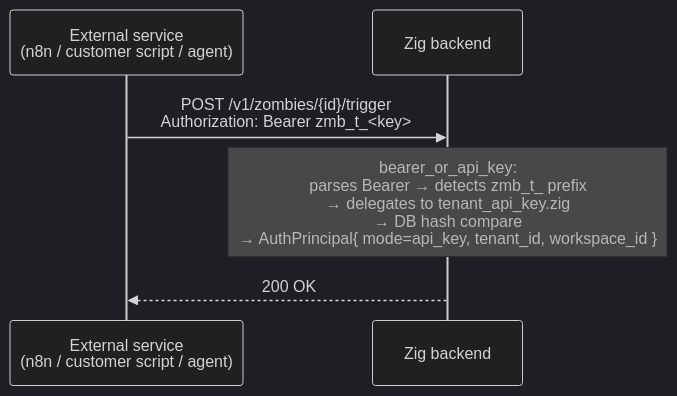
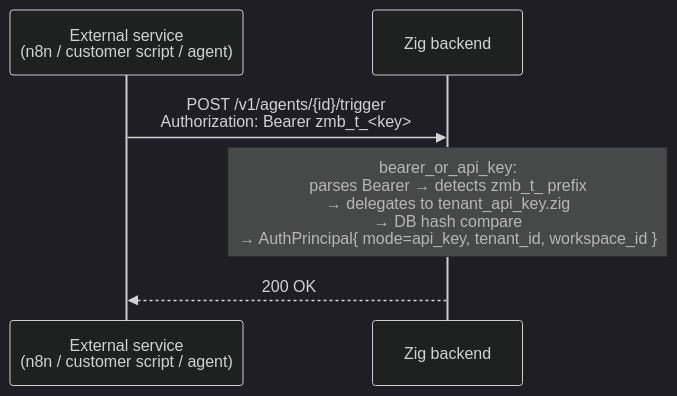
Before and after one commit to agentsfleet/agentsfleet: the fifth of 9 diagrams in docs/AUTH.md, drawn with Mermaid (dark theme). The commit also changed other lines of this file and 209 other files, not shown here.

````diff
--- a/docs/AUTH.md
+++ b/docs/AUTH.md
@@ -251,9 +251,9 @@
 ```mermaid
 sequenceDiagram
     participant Service as External service<br/>(n8n / customer script / agent)
     participant API as Zig backend
 
-    Service->>API: POST /v1/zombies/{id}/trigger<br/>Authorization: Bearer zmb_t_<key>
+    Service->>API: POST /v1/agents/{id}/trigger<br/>Authorization: Bearer zmb_t_<key>
     Note over API: bearer_or_api_key:<br/>parses Bearer → detects zmb_t_ prefix<br/>→ delegates to tenant_api_key.zig<br/>→ DB hash compare<br/>→ AuthPrincipal{ mode=api_key, tenant_id, workspace_id }
     API-->>Service: 200 OK
 ```
````
